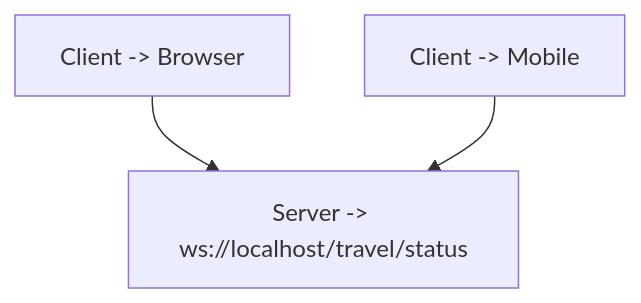
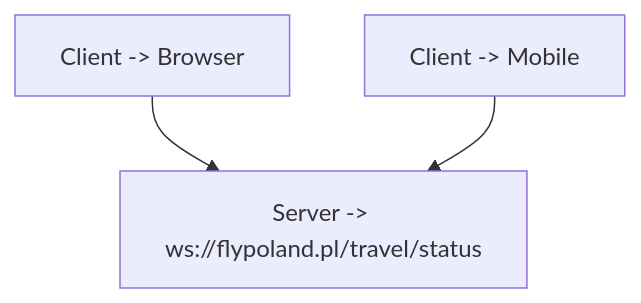
One commit to derberg/Documenting-Event-Driven-Architectures---Workshop-Script changed the first of 6 diagrams in scripts/theory.md. Above: the diagram before and after it, drawn with Mermaid. The commit also changed other lines of this file and 6 other files, not shown here.

Commit message:
fix: add more pictures and diagrams for better explanation

````diff
--- a/scripts/theory.md
+++ b/scripts/theory.md
@@ -45,8 +89,8 @@
     ```mermaid
     graph TD
-    server1[Server -> ws://localhost/travel/status]
-    user1[Client -> Browser]
-    user1 --> server1
-    user2[Client -> Mobile]
-    user2 --> server1
+      server1[Server -> ws://flypoland.pl/travel/status]
+      user1[Client -> Browser]
+      user1 --> server1
+      user2[Client -> Mobile]
+      user2 --> server1
     ```
````
